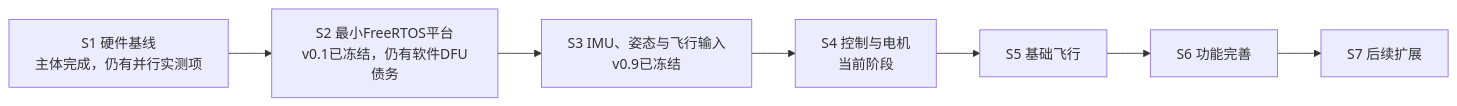
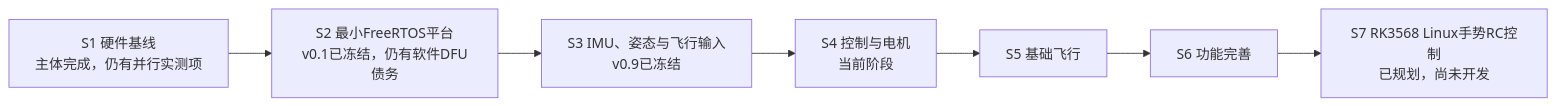
One commit to weiguang0423/getfun-f722-freertos changed the diagram in Docs/00_项目开发路线与统一进度.md. Above: the diagram before and after it, drawn with Mermaid. The commit also changed other lines of this file and 14 other files, not shown here.

````diff
--- a/Docs/00_项目开发路线与统一进度.md
+++ b/Docs/00_项目开发路线与统一进度.md
@@ -98,12 +98,12 @@
 ```mermaid
 flowchart LR
     S1["S1 硬件基线<br/>主体完成，仍有并行实测项"]
     S2["S2 最小FreeRTOS平台<br/>v0.1已冻结，仍有软件DFU债务"]
     S3["S3 IMU、姿态与飞行输入<br/>v0.9已冻结"]
     S4["S4 控制与电机<br/>当前阶段"]
     S5["S5 基础飞行"]
     S6["S6 功能完善"]
-    S7["S7 后续扩展"]
+    S7["S7 RK3568 Linux手势RC控制<br/>已规划，尚未开发"]
 
     S1 --> S2 --> S3 --> S4 --> S5 --> S6 --> S7
 ```
````
